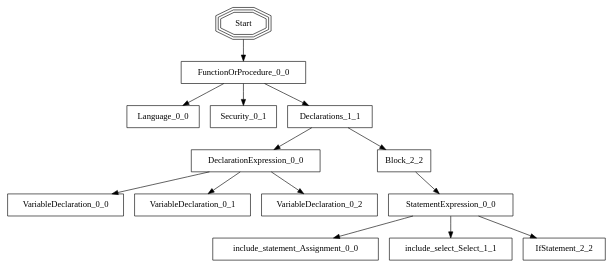
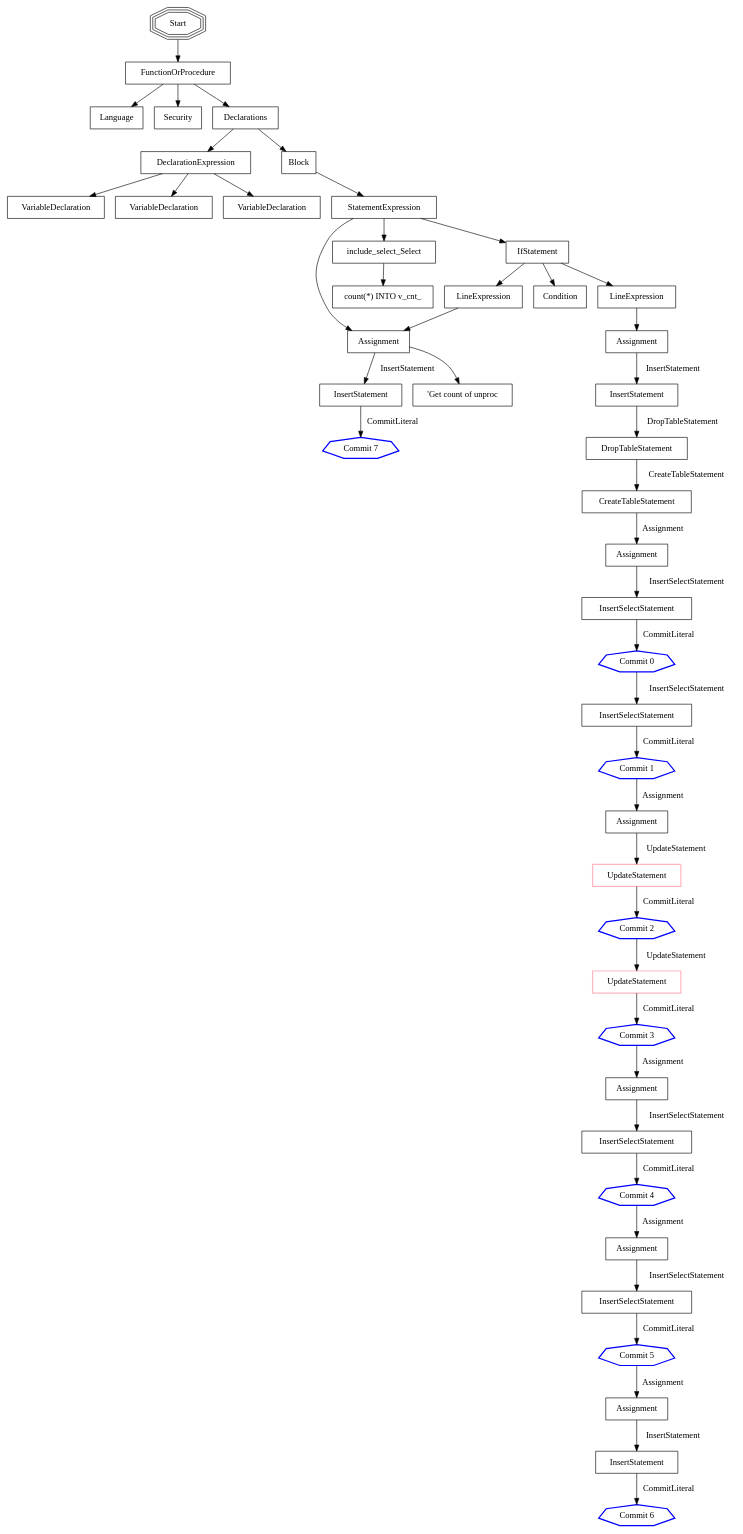
The diagram in dotout.dot (pydemo/plsql2dot), drawn with Graphviz before and after one commit. The commit also changed 9 other files, not shown here.

```diff
--- a/dotout.dot
+++ b/dotout.dot
@@ -1,67 +1,191 @@
 
 
 digraph G {
     rankdir=TB;
     //node [shape=box, style=rounded];
 	node [color=black];
 start [label="Start", shape=tripleoctagon];
 
 
 //level 1
 
-FunctionOrProcedure_0_0 [label="FunctionOrProcedure_0_0", shape=box ];
+FunctionOrProcedure_0_0 [label="FunctionOrProcedure", shape=box ];
 
-	Language_0_0 [label="Language_0_0", shape=box ];
+	Language_0_0 [label="Language", shape=box ];
 
-	Security_0_1 [label="Security_0_1", shape=box ];
+	Security_0_1 [label="Security", shape=box ];
 
-Declarations_1_1 [label="Declarations_1_1", shape=box ];
+Declarations_1_1 [label="Declarations", shape=box ];
 
-	DeclarationExpression_0_0 [label="DeclarationExpression_0_0", shape=box ];
+	DeclarationExpression_0_0 [label="DeclarationExpression", shape=box ];
 
-	VariableDeclaration_0_0 [label="VariableDeclaration_0_0", shape=box ];
+		VariableDeclaration_0_0 [label="VariableDeclaration", shape=box ];
 
-	VariableDeclaration_0_1 [label="VariableDeclaration_0_1", shape=box ];
+		VariableDeclaration_0_1 [label="VariableDeclaration", shape=box ];
 
-	VariableDeclaration_0_2 [label="VariableDeclaration_0_2", shape=box ];
+		VariableDeclaration_0_2 [label="VariableDeclaration", shape=box ];
 
-Block_2_2 [label="Block_2_2", shape=box ];
+Block_2_2 [label="Block", shape=box ];
 
-	StatementExpression_0_0 [label="StatementExpression_0_0", shape=box ];
+	StatementExpression_0_0 [label="StatementExpression", shape=box ];
 
-	include_statement_Assignment_0_0 [label="include_statement_Assignment_0_0", shape=box ];
+		Assignment_0_0 [label="Assignment", shape=box ];
 
-	include_select_Select_1_1 [label="include_select_Select_1_1", shape=box ];
+			s__Get_count_of_unproc_0_0 [label="'Get count of unproc", shape=box ];
 
-	IfStatement_2_2 [label="IfStatement_2_2", shape=box ];
+		include_select_Select_1_1 [label="include_select_Select", shape=box ];
+
+			s_count____INTO_v_cnt__0_0 [label="count(*) INTO v_cnt_", shape=box ];
+
+		IfStatement_2_2 [label="IfStatement", shape=box ];
+
+			Condition_0_0 [label="Condition", shape=box ];
+
+			LineExpression_1_1 [label="LineExpression", shape=box ];
+
+				Assignment_1_1 [shape="box",label="Assignment" ];
+
+				InsertStatement_2_2 [shape="box",label="InsertStatement" ];
+
+				DropTableStatement_2_3 [shape="box",label="DropTableStatement" ];
+
+				CreateTableStatement_2_4 [shape="box",label="CreateTableStatement" ];
+
+				Assignment_5_5 [shape="box",label="Assignment" ];
+
+				InsertSelectStatement_6_6 [shape="box",label="InsertSelectStatement" ];
+
+				CommitLiteral_7_7 [shape="septagon", style=bold, color="blue", label="Commit 0" ];
+
+				InsertSelectStatement_6_8 [shape="box",label="InsertSelectStatement" ];
+
+				CommitLiteral_9_9 [shape="septagon", style=bold, color="blue", label="Commit 1" ];
+
+				Assignment_11_11 [shape="box",label="Assignment" ];
+
+				UpdateStatement_12_12 [shape="box", style=bold, color="lightpink", label="UpdateStatement" ];
+
+				CommitLiteral_9_13 [shape="septagon", style=bold, color="blue", label="Commit 2" ];
+
+				UpdateStatement_15_15 [shape="box", style=bold, color="lightpink", label="UpdateStatement" ];
+
+				CommitLiteral_9_16 [shape="septagon", style=bold, color="blue", label="Commit 3" ];
+
+				Assignment_18_18 [shape="box",label="Assignment" ];
+
+				InsertSelectStatement_6_19 [shape="box",label="InsertSelectStatement" ];
+
+				CommitLiteral_9_20 [shape="septagon", style=bold, color="blue", label="Commit 4" ];
+
+				Assignment_21_21 [shape="box",label="Assignment" ];
+
+				InsertSelectStatement_6_22 [shape="box",label="InsertSelectStatement" ];
+
+				CommitLiteral_9_23 [shape="septagon", style=bold, color="blue", label="Commit 5" ];
+
+				Assignment_24_24 [shape="box",label="Assignment" ];
+
+				InsertStatement_2_25 [shape="box",label="InsertStatement" ];
+
+				CommitLiteral_9_26 [shape="septagon", style=bold, color="blue", label="Commit 6" ];
+
+			LineExpression_2_2 [label="LineExpression", shape=box ];
+
+				Assignment_0_0 [shape="box",label="Assignment" ];
+
+				InsertStatement_1_1 [shape="box",label="InsertStatement" ];
+
+				CommitLiteral_2_2 [shape="septagon", style=bold, color="blue", label="Commit 7" ];
 
 // LINKS
 
 start -> FunctionOrProcedure_0_0[label="" ];
 
 FunctionOrProcedure_0_0 -> Language_0_0[label="" ];
 
 FunctionOrProcedure_0_0 -> Security_0_1[label="" ];
 
 FunctionOrProcedure_0_0 -> Declarations_1_1[label="" ];
 
 Declarations_1_1 -> DeclarationExpression_0_0[label="" ];
 
 DeclarationExpression_0_0 -> VariableDeclaration_0_0[label="" ];
 
 DeclarationExpression_0_0 -> VariableDeclaration_0_1[label="" ];
 
 DeclarationExpression_0_0 -> VariableDeclaration_0_2[label="" ];
 
 Declarations_1_1 -> Block_2_2[label="" ];
 
 Block_2_2 -> StatementExpression_0_0[label="" ];
 
-StatementExpression_0_0 -> include_statement_Assignment_0_0[label="" ];
+StatementExpression_0_0 -> Assignment_0_0[label="" ];
+
+Assignment_0_0 -> s__Get_count_of_unproc_0_0[label="" ];
 
 StatementExpression_0_0 -> include_select_Select_1_1[label="" ];
 
+include_select_Select_1_1 -> s_count____INTO_v_cnt__0_0[label="" ];
+
 StatementExpression_0_0 -> IfStatement_2_2[label="" ];
+
+IfStatement_2_2 -> Condition_0_0[label="" ];
+
+IfStatement_2_2 -> LineExpression_1_1[label="" ];
+
+LineExpression_1_1 -> Assignment_1_1[label="" ];
+
+Assignment_1_1 -> InsertStatement_2_2[label="InsertStatement" ];
+
+InsertStatement_2_2 -> DropTableStatement_2_3[label="DropTableStatement" ];
+
+DropTableStatement_2_3 -> CreateTableStatement_2_4[label="CreateTableStatement" ];
+
+CreateTableStatement_2_4 -> Assignment_5_5[label="Assignment" ];
+
+Assignment_5_5 -> InsertSelectStatement_6_6[label="InsertSelectStatement" ];
+
+InsertSelectStatement_6_6 -> CommitLiteral_7_7[label="CommitLiteral" ];
+
+CommitLiteral_7_7 -> InsertSelectStatement_6_8[label="InsertSelectStatement" ];
+
+InsertSelectStatement_6_8 -> CommitLiteral_9_9[label="CommitLiteral" ];
+
+CommitLiteral_9_9 -> Assignment_11_11[label="Assignment" ];
+
+Assignment_11_11 -> UpdateStatement_12_12[label="UpdateStatement" ];
+
+UpdateStatement_12_12 -> CommitLiteral_9_13[label="CommitLiteral" ];
+
+CommitLiteral_9_13 -> UpdateStatement_15_15[label="UpdateStatement" ];
+
+UpdateStatement_15_15 -> CommitLiteral_9_16[label="CommitLiteral" ];
+
+CommitLiteral_9_16 -> Assignment_18_18[label="Assignment" ];
+
+Assignment_18_18 -> InsertSelectStatement_6_19[label="InsertSelectStatement" ];
+
+InsertSelectStatement_6_19 -> CommitLiteral_9_20[label="CommitLiteral" ];
+
+CommitLiteral_9_20 -> Assignment_21_21[label="Assignment" ];
+
+Assignment_21_21 -> InsertSelectStatement_6_22[label="InsertSelectStatement" ];
+
+InsertSelectStatement_6_22 -> CommitLiteral_9_23[label="CommitLiteral" ];
+
+CommitLiteral_9_23 -> Assignment_24_24[label="Assignment" ];
+
+Assignment_24_24 -> InsertStatement_2_25[label="InsertStatement" ];
+
+InsertStatement_2_25 -> CommitLiteral_9_26[label="CommitLiteral" ];
+
+IfStatement_2_2 -> LineExpression_2_2[label="" ];
+
+LineExpression_2_2 -> Assignment_0_0[label="" ];
+
+Assignment_0_0 -> InsertStatement_1_1[label="InsertStatement" ];
+
+InsertStatement_1_1 -> CommitLiteral_2_2[label="CommitLiteral" ];
 
 
 }
```
